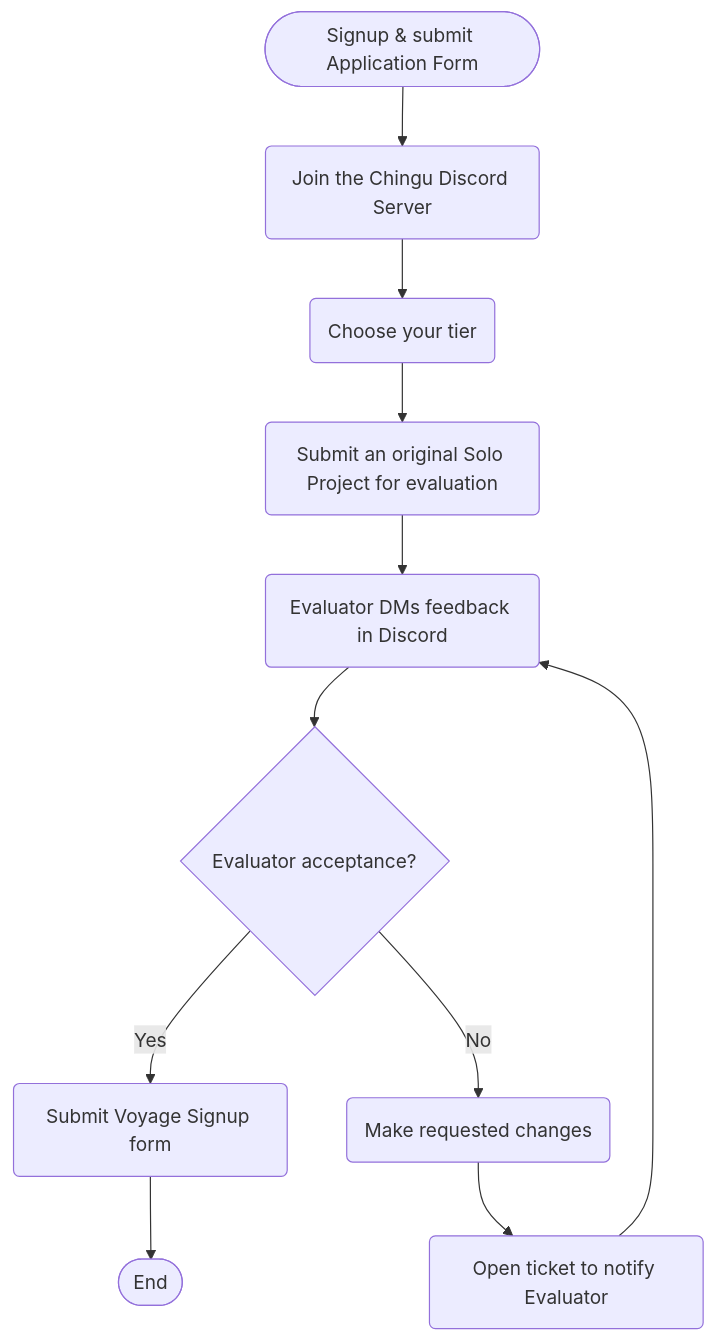
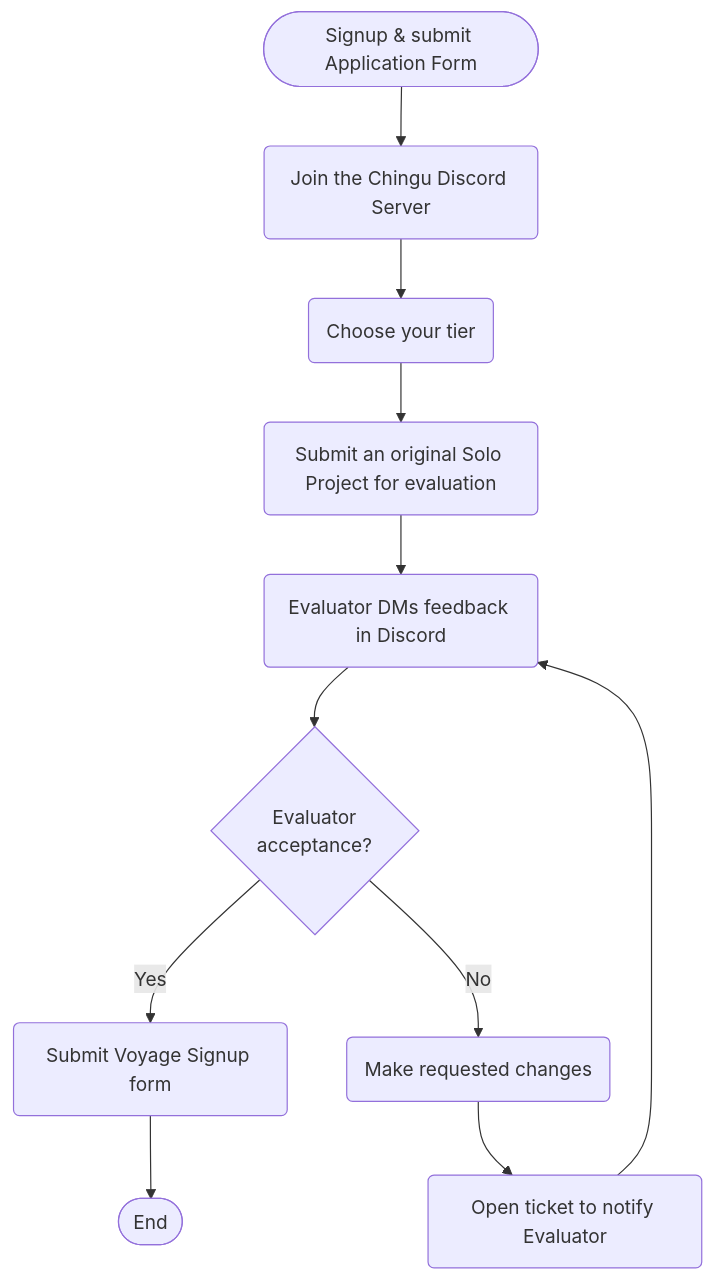
One commit to chingu-voyages/Handbook changed the first of 2 diagrams in README.md. Above: the diagram before and after it, drawn with Mermaid.

Commit message:
Feature: Add onboarding flowchart

````diff
--- a/README.md
+++ b/README.md
@@ -50,13 +50,13 @@
 ```mermaid
 flowchart TB
    A(["Signup & submit Application Form"]) --> B(Join the Chingu Discord Server);
    B --> C(Choose your tier);
    C --> D(Submit an original Solo Project for evaluation);
    D --> E(Evaluator DMs feedback in Discord);
-   E --> F{Evaluator acceptance?};
+   E --> F{Evaluator</br>acceptance?};
    F -- Yes --> G(Submit Voyage Signup form);
    F -- No --> H(Make requested changes);
    H --> I(Open ticket to notify Evaluator);
    I --> E;
    G --> Z([End]);
 ```
````
